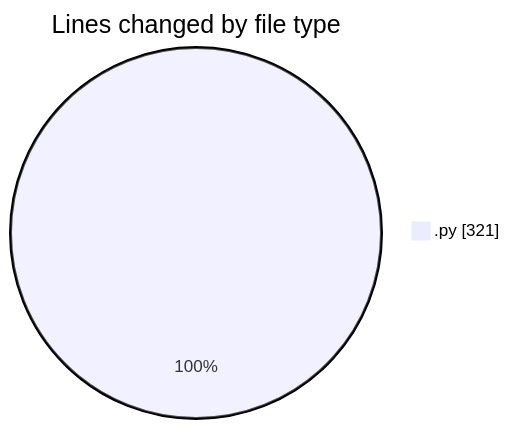
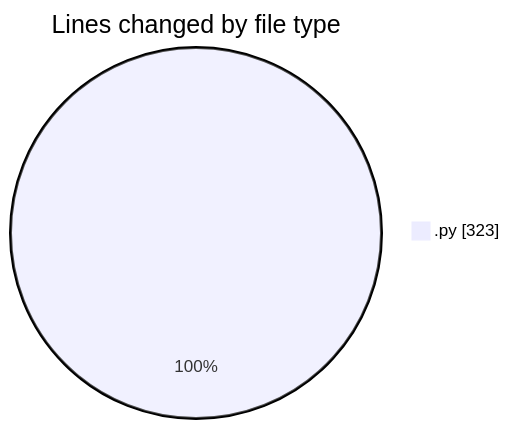
Before and after one commit to MatusMokan/code-tracking: the first of 2 diagrams in 2025-01-12/myws__workspace_/README.md, drawn with Mermaid. The commit also changed other lines of this file and 1 other file, not shown here.

````diff
--- a/2025-01-12/myws__workspace_/README.md
+++ b/2025-01-12/myws__workspace_/README.md
@@ -21,5 +21,5 @@
 ```mermaid
 pie showData
 title Lines changed by file type
-".py" : 321
+".py" : 323
 ```
````
